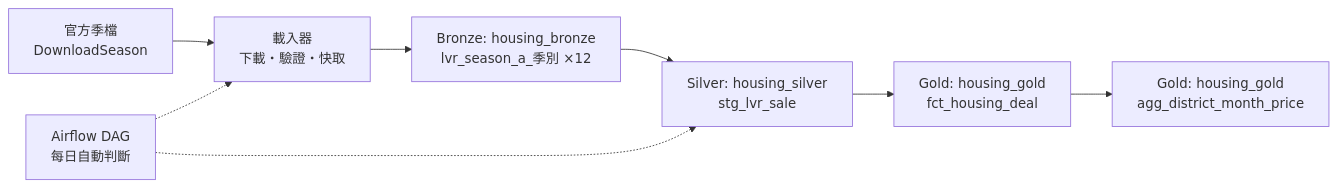
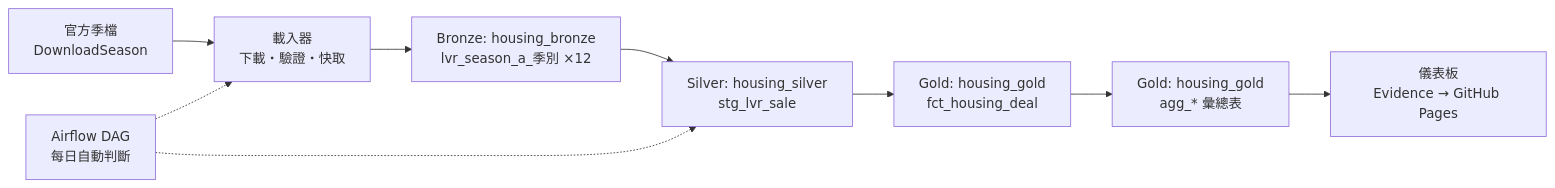
Before and after one commit to chengpeter88/taiwan-housing-pipeline: the diagram in README.md, drawn with Mermaid. The commit also changed other lines of this file and 23 other files, not shown here.

First line of the commit message:
feat(dashboard): publish housing_gold to GitHub Pages with Evidence

````diff
--- a/README.md
+++ b/README.md
@@ -9,10 +11,11 @@
 ```mermaid
 flowchart LR
     A[官方季檔<br>DownloadSeason] --> B[載入器<br>下載・驗證・快取]
     B --> C[Bronze: housing_bronze<br>lvr_season_a_季別 ×12]
     C --> D[Silver: housing_silver<br>stg_lvr_sale]
     D --> E[Gold: housing_gold<br>fct_housing_deal]
-    E --> F[Gold: housing_gold<br>agg_district_month_price]
+    E --> F[Gold: housing_gold<br>agg_* 彙總表]
+    F --> H[儀表板<br>Evidence → GitHub Pages]
     G[Airflow DAG<br>每日自動判斷] -.-> B
     G -.-> D
 ```
````
